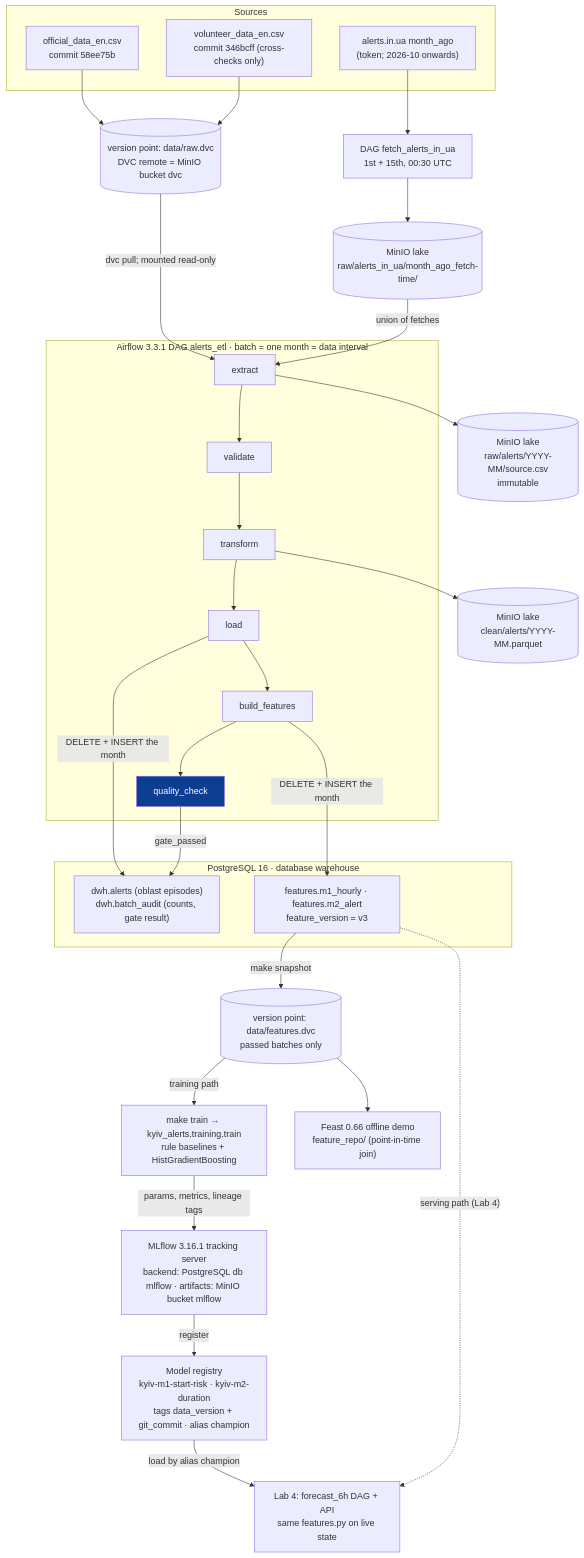
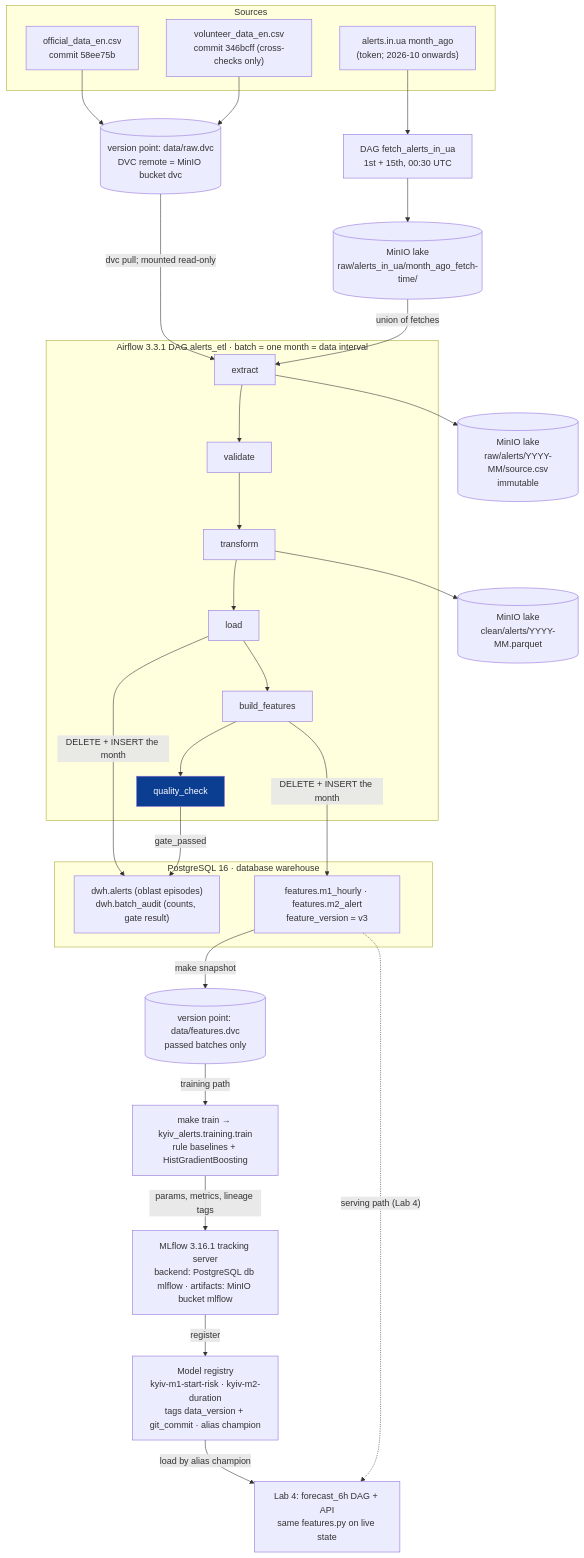
The second of 6 diagrams in docs/design.md (kvitoslava-yarish/mlops-2026), drawn with Mermaid before and after one commit. The commit also changed other lines of this file and 33 other files, not shown here.

````diff
--- a/docs/design.md
+++ b/docs/design.md
@@ -310,46 +344,44 @@
 ```mermaid
 flowchart TB
     subgraph SRC["Sources"]
         off["official_data_en.csv<br/>commit 58ee75b"]
         vol["volunteer_data_en.csv<br/>commit 346bcff (cross-checks only)"]
         api["alerts.in.ua month_ago<br/>(token; 2026-10 onwards)"]
     end
     dvcraw[("version point: data/raw.dvc<br/>DVC remote = MinIO bucket dvc")]
     subgraph DAG["Airflow 3.3.1 DAG alerts_etl · batch = one month = data interval"]
         ex["extract"] --> va["validate"] --> tr["transform"] --> lo["load"] --> bf["build_features"] --> qc["quality_check"]
     end
     lakeraw[("MinIO lake<br/>raw/alerts/YYYY-MM/source.csv<br/>immutable")]
     lakeclean[("MinIO lake<br/>clean/alerts/YYYY-MM.parquet")]
     subgraph PG["PostgreSQL 16 · database warehouse"]
         dwh["dwh.alerts (oblast episodes)<br/>dwh.batch_audit (counts, gate result)"]
         feat["features.m1_hourly · features.m2_alert<br/>feature_version = v3"]
     end
     snap[("version point: data/features.dvc<br/>passed batches only")]
     train["make train → kyiv_alerts.training.train<br/>rule baselines + HistGradientBoosting"]
     mlf["MLflow 3.16.1 tracking server<br/>backend: PostgreSQL db mlflow · artifacts: MinIO bucket mlflow"]
     reg["Model registry<br/>kyiv-m1-start-risk · kyiv-m2-duration<br/>tags data_version + git_commit · alias champion"]
-    feast["Feast 0.66 offline demo<br/>feature_repo/ (point-in-time join)"]
     serve["Lab 4: forecast_6h DAG + API<br/>same features.py on live state"]
 
     off --> dvcraw
     vol --> dvcraw
     dvcraw -- "dvc pull; mounted read-only" --> ex
     fetch["DAG fetch_alerts_in_ua<br/>1st + 15th, 00:30 UTC"]
     lakeapi[("MinIO lake<br/>raw/alerts_in_ua/month_ago_fetch-time/")]
     api --> fetch --> lakeapi
     lakeapi -- "union of fetches" --> ex
     ex --> lakeraw
     tr --> lakeclean
     lo -- "DELETE + INSERT the month" --> dwh
     bf -- "DELETE + INSERT the month" --> feat
     qc -- "gate_passed" --> dwh
     feat -- "make snapshot" --> snap
     snap -- "training path" --> train
-    snap --> feast
     train -- "params, metrics, lineage tags" --> mlf
     mlf -- "register" --> reg
     reg -- "load by alias champion" --> serve
     feat -. "serving path (Lab 4)" .-> serve
 
     style qc fill:#0b3d91,color:#ffffff
 ```
````
